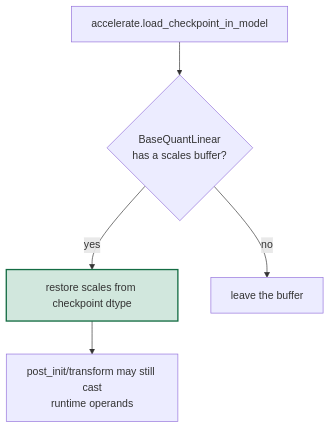
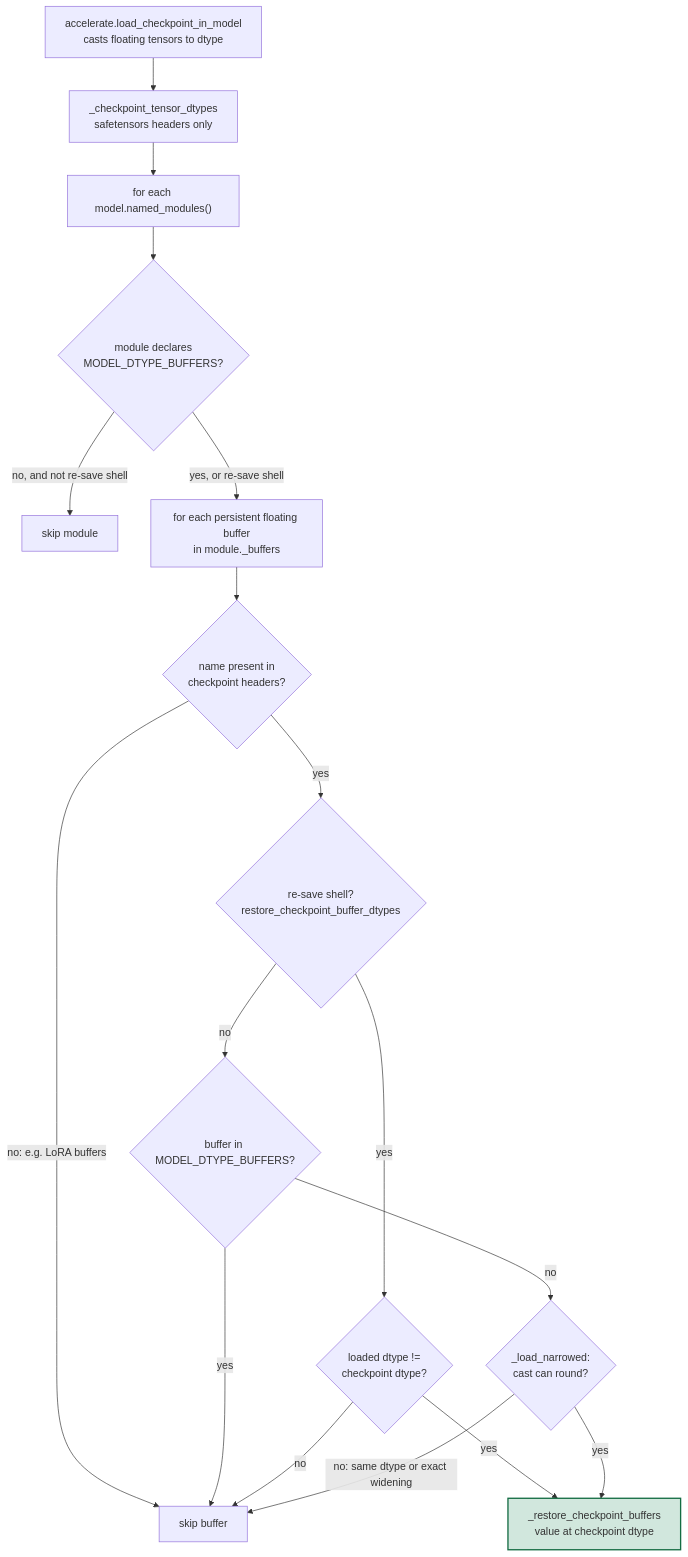
Before and after one commit to ModelCloud/GPTQModel: the fourth of 6 diagrams in docs/checkpoint-and-runtime-contracts.md, drawn with Mermaid. The commit also changed other lines of this file and 10 other files, not shown here.

First line of the commit message:
fix(load): load quantized-module buffers at their checkpoint dtype (#4458, #4452)

````diff
--- a/docs/checkpoint-and-runtime-contracts.md
+++ b/docs/checkpoint-and-runtime-contracts.md
@@ -103,8 +131,20 @@
 ```mermaid
 flowchart TD
-    A["accelerate.load_checkpoint_in_model"] --> B{"BaseQuantLinear<br/>has a scales buffer?"}
-    B -- "yes" --> C["restore scales from checkpoint dtype"]
-    B -- "no" --> D["leave the buffer"]
-    C --> E["post_init/transform may still cast<br/>runtime operands"]
-    style C fill:#d1e7dd,stroke:#146c43,stroke-width:2px
+    A["accelerate.load_checkpoint_in_model<br/>casts floating tensors to dtype"] --> B["_checkpoint_tensor_dtypes<br/>safetensors headers only"]
+    B --> C["for each model.named_modules()"]
+    C --> D{"module declares<br/>MODEL_DTYPE_BUFFERS?"}
+    D -- "no, and not re-save shell" --> S["skip module"]
+    D -- "yes, or re-save shell" --> E["for each persistent floating buffer<br/>in module._buffers"]
+    E --> F{"name present in<br/>checkpoint headers?"}
+    F -- "no: e.g. LoRA buffers" --> S2["skip buffer"]
+    F -- "yes" --> G{"re-save shell?<br/>restore_checkpoint_buffer_dtypes"}
+    G -- "yes" --> H{"loaded dtype !=<br/>checkpoint dtype?"}
+    G -- "no" --> I{"buffer in MODEL_DTYPE_BUFFERS?"}
+    I -- "yes" --> S2
+    I -- "no" --> J{"_load_narrowed:<br/>cast can round?"}
+    H -- "yes" --> R["_restore_checkpoint_buffers<br/>value at checkpoint dtype"]
+    J -- "yes" --> R
+    H -- "no" --> S2
+    J -- "no: same dtype or exact widening" --> S2
+    style R fill:#d1e7dd,stroke:#146c43,stroke-width:2px
 ```
````
